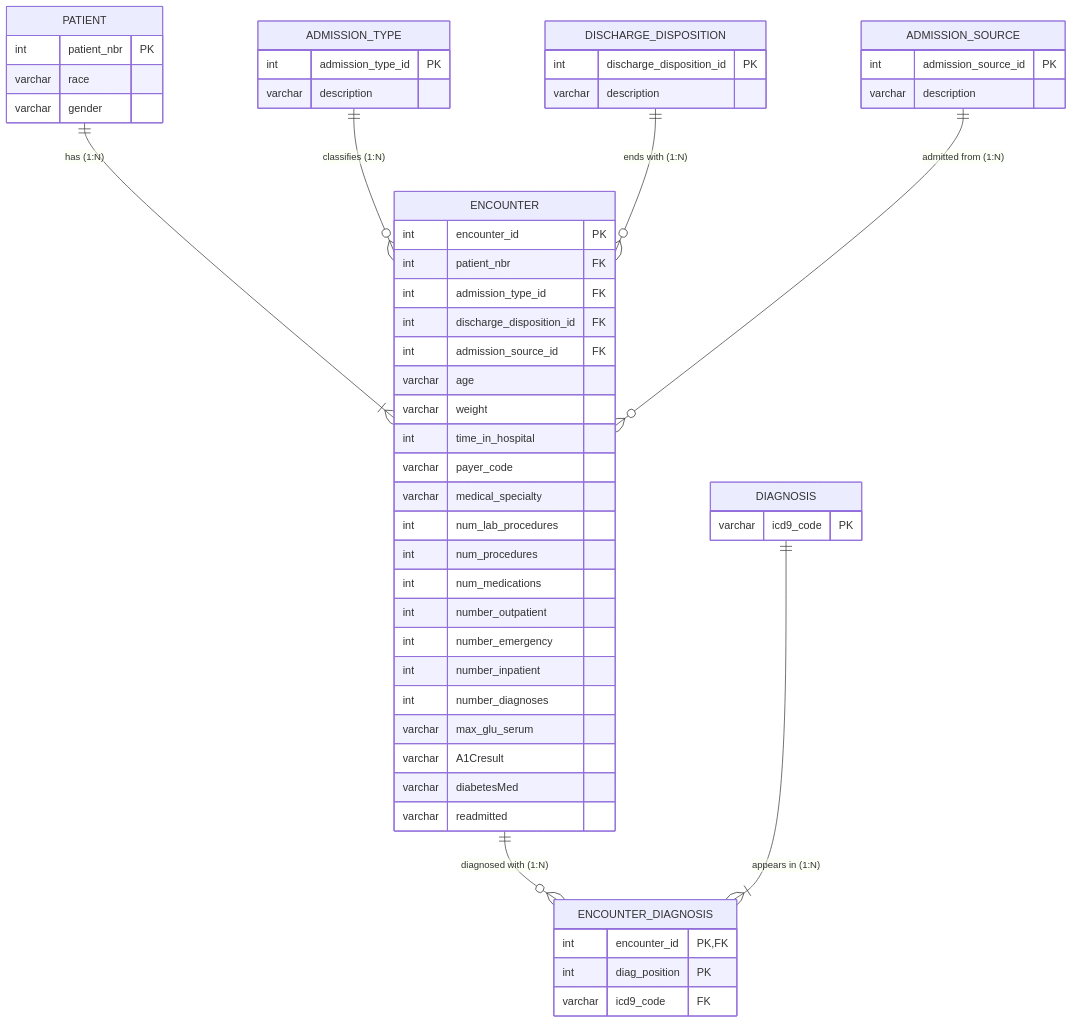
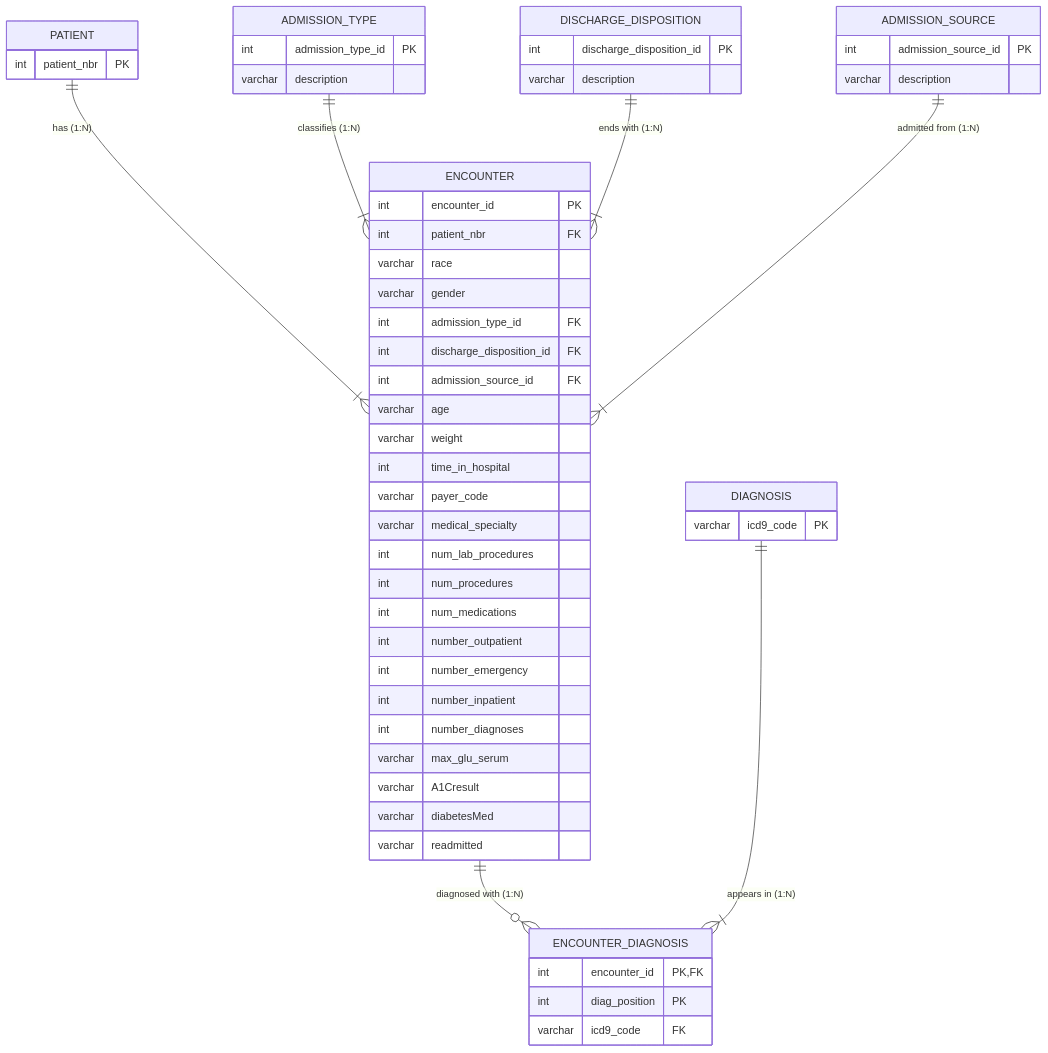
Before and after one commit to mia-elena/hospital-diabetes-analysis: the diagram in Assignment Report.md, drawn with Mermaid. The commit also changed other lines of this file and 7 other files, not shown here.

````diff
--- a/Assignment Report.md
+++ b/Assignment Report.md
@@ -182,58 +163,58 @@
 ```mermaid
 erDiagram
     PATIENT ||--|{ ENCOUNTER : "has (1:N)"
-    ADMISSION_TYPE ||--o{ ENCOUNTER : "classifies (1:N)"
-    DISCHARGE_DISPOSITION ||--o{ ENCOUNTER : "ends with (1:N)"
-    ADMISSION_SOURCE ||--o{ ENCOUNTER : "admitted from (1:N)"
+    ADMISSION_TYPE ||--|{ ENCOUNTER : "classifies (1:N)"
+    DISCHARGE_DISPOSITION ||--|{ ENCOUNTER : "ends with (1:N)"
+    ADMISSION_SOURCE ||--|{ ENCOUNTER : "admitted from (1:N)"
     ENCOUNTER ||--o{ ENCOUNTER_DIAGNOSIS : "diagnosed with (1:N)"
     DIAGNOSIS ||--|{ ENCOUNTER_DIAGNOSIS : "appears in (1:N)"
 
     PATIENT {
         int patient_nbr PK
-        varchar race
-        varchar gender
     }
     ENCOUNTER {
         int encounter_id PK
         int patient_nbr FK
+        varchar race
+        varchar gender
         int admission_type_id FK
         int discharge_disposition_id FK
         int admission_source_id FK
         varchar age
         varchar weight
         int time_in_hospital
         varchar payer_code
         varchar medical_specialty
         int num_lab_procedures
         int num_procedures
         int num_medications
         int number_outpatient
         int number_emergency
         int number_inpatient
         int number_diagnoses
         varchar max_glu_serum
         varchar A1Cresult
         varchar diabetesMed
         varchar readmitted
     }
     ENCOUNTER_DIAGNOSIS {
         int encounter_id PK, FK
         int diag_position PK
         varchar icd9_code FK
     }
     DIAGNOSIS {
         varchar icd9_code PK
     }
     ADMISSION_TYPE {
         int admission_type_id PK
         varchar description
     }
     DISCHARGE_DISPOSITION {
         int discharge_disposition_id PK
         varchar description
     }
     ADMISSION_SOURCE {
         int admission_source_id PK
         varchar description
     }
 ```
````
